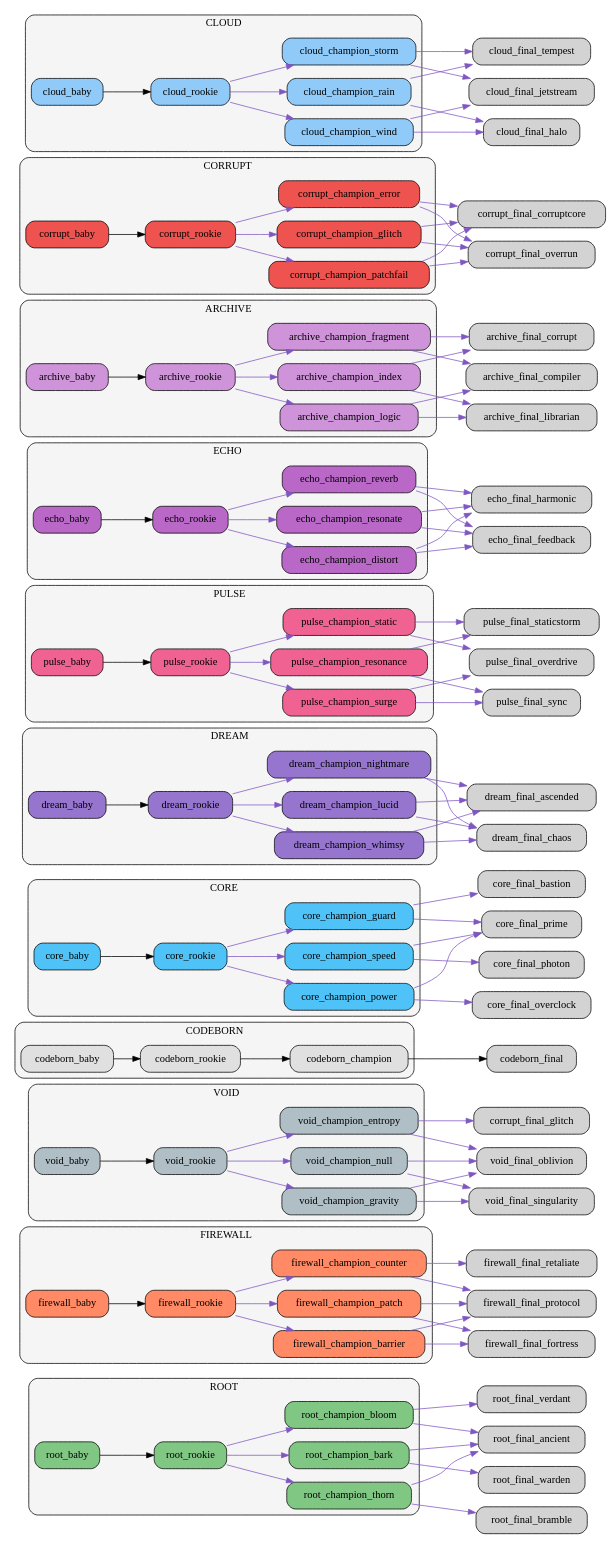
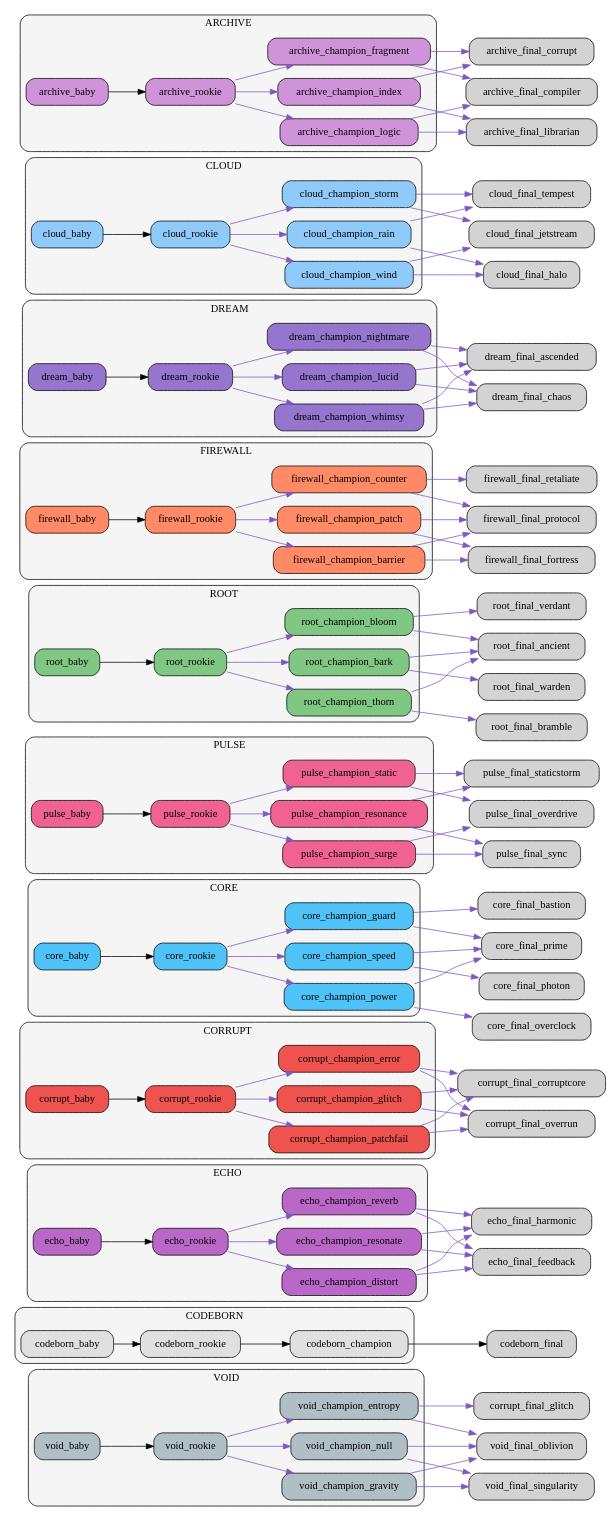
The diagram in src/netgrid/systems/evolution/graphs/clusters/evolution_clusters.dot (bwlight/NetGrid), drawn with Graphviz before and after one commit. The commit also changed other lines of this file and 8 other files, not shown here.

Commit message:
Auto-update evolution graphs

```diff
--- a/src/netgrid/systems/evolution/graphs/clusters/evolution_clusters.dot
+++ b/src/netgrid/systems/evolution/graphs/clusters/evolution_clusters.dot
@@ -1,6 +1,58 @@
 digraph EvolutionTree {
   rankdir=LR;
   node [shape=box, style="rounded,filled"];
+  subgraph cluster_void {
+    label="VOID";
+    style="rounded,filled"; fillcolor="#f5f5f5";
+    "void_baby" [fillcolor="#b0bec5"];
+    "void_rookie" [fillcolor="#b0bec5"];
+    "void_champion_entropy" [fillcolor="#b0bec5"];
+    "void_champion_gravity" [fillcolor="#b0bec5"];
+    "void_champion_null" [fillcolor="#b0bec5"];
+  }
+  subgraph cluster_codeborn {
+    label="CODEBORN";
+    style="rounded,filled"; fillcolor="#f5f5f5";
+    "codeborn_baby" [fillcolor="#e0e0e0"];
+    "codeborn_rookie" [fillcolor="#e0e0e0"];
+    "codeborn_champion" [fillcolor="#e0e0e0"];
+  }
+  subgraph cluster_echo {
+    label="ECHO";
+    style="rounded,filled"; fillcolor="#f5f5f5";
+    "echo_baby" [fillcolor="#ba68c8"];
+    "echo_rookie" [fillcolor="#ba68c8"];
+    "echo_champion_resonate" [fillcolor="#ba68c8"];
+    "echo_champion_reverb" [fillcolor="#ba68c8"];
+    "echo_champion_distort" [fillcolor="#ba68c8"];
+  }
+  subgraph cluster_corrupt {
+    label="CORRUPT";
+    style="rounded,filled"; fillcolor="#f5f5f5";
+    "corrupt_baby" [fillcolor="#ef5350"];
+    "corrupt_rookie" [fillcolor="#ef5350"];
+    "corrupt_champion_glitch" [fillcolor="#ef5350"];
+    "corrupt_champion_error" [fillcolor="#ef5350"];
+    "corrupt_champion_patchfail" [fillcolor="#ef5350"];
+  }
+  subgraph cluster_core {
+    label="CORE";
+    style="rounded,filled"; fillcolor="#f5f5f5";
+    "core_baby" [fillcolor="#4fc3f7"];
+    "core_rookie" [fillcolor="#4fc3f7"];
+    "core_champion_power" [fillcolor="#4fc3f7"];
+    "core_champion_guard" [fillcolor="#4fc3f7"];
+    "core_champion_speed" [fillcolor="#4fc3f7"];
+  }
+  subgraph cluster_pulse {
+    label="PULSE";
+    style="rounded,filled"; fillcolor="#f5f5f5";
+    "pulse_baby" [fillcolor="#f06292"];
+    "pulse_rookie" [fillcolor="#f06292"];
+    "pulse_champion_surge" [fillcolor="#f06292"];
+    "pulse_champion_resonance" [fillcolor="#f06292"];
+    "pulse_champion_static" [fillcolor="#f06292"];
+  }
   subgraph cluster_root {
     label="ROOT";
     style="rounded,filled"; fillcolor="#f5f5f5";
@@ -19,31 +71,6 @@
     "firewall_champion_counter" [fillcolor="#ff8a65"];
     "firewall_champion_patch" [fillcolor="#ff8a65"];
   }
-  subgraph cluster_void {
-    label="VOID";
-    style="rounded,filled"; fillcolor="#f5f5f5";
-    "void_baby" [fillcolor="#b0bec5"];
-    "void_rookie" [fillcolor="#b0bec5"];
-    "void_champion_entropy" [fillcolor="#b0bec5"];
-    "void_champion_gravity" [fillcolor="#b0bec5"];
-    "void_champion_null" [fillcolor="#b0bec5"];
-  }
-  subgraph cluster_codeborn {
-    label="CODEBORN";
-    style="rounded,filled"; fillcolor="#f5f5f5";
-    "codeborn_baby" [fillcolor="#e0e0e0"];
-    "codeborn_rookie" [fillcolor="#e0e0e0"];
-    "codeborn_champion" [fillcolor="#e0e0e0"];
-  }
-  subgraph cluster_core {
-    label="CORE";
-    style="rounded,filled"; fillcolor="#f5f5f5";
-    "core_baby" [fillcolor="#4fc3f7"];
-    "core_rookie" [fillcolor="#4fc3f7"];
-    "core_champion_power" [fillcolor="#4fc3f7"];
-    "core_champion_guard" [fillcolor="#4fc3f7"];
-    "core_champion_speed" [fillcolor="#4fc3f7"];
-  }
   subgraph cluster_dream {
     label="DREAM";
     style="rounded,filled"; fillcolor="#f5f5f5";
@@ -53,23 +80,14 @@
     "dream_champion_nightmare" [fillcolor="#9575cd"];
     "dream_champion_whimsy" [fillcolor="#9575cd"];
   }
-  subgraph cluster_pulse {
-    label="PULSE";
+  subgraph cluster_cloud {
+    label="CLOUD";
     style="rounded,filled"; fillcolor="#f5f5f5";
-    "pulse_baby" [fillcolor="#f06292"];
-    "pulse_rookie" [fillcolor="#f06292"];
-    "pulse_champion_surge" [fillcolor="#f06292"];
-    "pulse_champion_resonance" [fillcolor="#f06292"];
-    "pulse_champion_static" [fillcolor="#f06292"];
-  }
-  subgraph cluster_echo {
-    label="ECHO";
-    style="rounded,filled"; fillcolor="#f5f5f5";
-    "echo_baby" [fillcolor="#ba68c8"];
-    "echo_rookie" [fillcolor="#ba68c8"];
-    "echo_champion_resonate" [fillcolor="#ba68c8"];
-    "echo_champion_reverb" [fillcolor="#ba68c8"];
-    "echo_champion_distort" [fillcolor="#ba68c8"];
+    "cloud_baby" [fillcolor="#90caf9"];
+    "cloud_rookie" [fillcolor="#90caf9"];
+    "cloud_champion_wind" [fillcolor="#90caf9"];
+    "cloud_champion_rain" [fillcolor="#90caf9"];
+    "cloud_champion_storm" [fillcolor="#90caf9"];
   }
   subgraph cluster_archive {
     label="ARCHIVE";
@@ -80,24 +98,59 @@
     "archive_champion_index" [fillcolor="#ce93d8"];
     "archive_champion_fragment" [fillcolor="#ce93d8"];
   }
-  subgraph cluster_corrupt {
-    label="CORRUPT";
-    style="rounded,filled"; fillcolor="#f5f5f5";
-    "corrupt_baby" [fillcolor="#ef5350"];
-    "corrupt_rookie" [fillcolor="#ef5350"];
-    "corrupt_champion_glitch" [fillcolor="#ef5350"];
-    "corrupt_champion_error" [fillcolor="#ef5350"];
-    "corrupt_champion_patchfail" [fillcolor="#ef5350"];
-  }
-  subgraph cluster_cloud {
-    label="CLOUD";
-    style="rounded,filled"; fillcolor="#f5f5f5";
-    "cloud_baby" [fillcolor="#90caf9"];
-    "cloud_rookie" [fillcolor="#90caf9"];
-    "cloud_champion_wind" [fillcolor="#90caf9"];
-    "cloud_champion_rain" [fillcolor="#90caf9"];
-    "cloud_champion_storm" [fillcolor="#90caf9"];
-  }
+  "void_baby" -> "void_rookie";
+  "void_rookie" -> "void_champion_entropy" [color="#7e57c2"];
+  "void_rookie" -> "void_champion_gravity" [color="#7e57c2"];
+  "void_rookie" -> "void_champion_null" [color="#7e57c2"];
+  "void_champion_entropy" -> "corrupt_final_glitch" [color="#7e57c2"];
+  "void_champion_entropy" -> "void_final_oblivion" [color="#7e57c2"];
+  "void_champion_gravity" -> "void_final_singularity" [color="#7e57c2"];
+  "void_champion_gravity" -> "void_final_oblivion" [color="#7e57c2"];
+  "void_champion_null" -> "void_final_oblivion" [color="#7e57c2"];
+  "void_champion_null" -> "void_final_singularity" [color="#7e57c2"];
+  "codeborn_baby" -> "codeborn_rookie";
+  "codeborn_rookie" -> "codeborn_champion";
+  "codeborn_champion" -> "codeborn_final";
+  "echo_baby" -> "echo_rookie";
+  "echo_rookie" -> "echo_champion_resonate" [color="#7e57c2"];
+  "echo_rookie" -> "echo_champion_reverb" [color="#7e57c2"];
+  "echo_rookie" -> "echo_champion_distort" [color="#7e57c2"];
+  "echo_champion_resonate" -> "echo_final_harmonic" [color="#7e57c2"];
+  "echo_champion_resonate" -> "echo_final_feedback" [color="#7e57c2"];
+  "echo_champion_reverb" -> "echo_final_feedback" [color="#7e57c2"];
+  "echo_champion_reverb" -> "echo_final_harmonic" [color="#7e57c2"];
+  "echo_champion_distort" -> "echo_final_feedback" [color="#7e57c2"];
+  "echo_champion_distort" -> "echo_final_harmonic" [color="#7e57c2"];
+  "corrupt_baby" -> "corrupt_rookie";
+  "corrupt_rookie" -> "corrupt_champion_glitch" [color="#7e57c2"];
+  "corrupt_rookie" -> "corrupt_champion_error" [color="#7e57c2"];
+  "corrupt_rookie" -> "corrupt_champion_patchfail" [color="#7e57c2"];
+  "corrupt_champion_glitch" -> "corrupt_final_corruptcore" [color="#7e57c2"];
+  "corrupt_champion_glitch" -> "corrupt_final_overrun" [color="#7e57c2"];
+  "corrupt_champion_error" -> "corrupt_final_overrun" [color="#7e57c2"];
+  "corrupt_champion_error" -> "corrupt_final_corruptcore" [color="#7e57c2"];
+  "corrupt_champion_patchfail" -> "corrupt_final_corruptcore" [color="#7e57c2"];
+  "corrupt_champion_patchfail" -> "corrupt_final_overrun" [color="#7e57c2"];
+  "core_baby" -> "core_rookie";
+  "core_rookie" -> "core_champion_power" [color="#7e57c2"];
+  "core_rookie" -> "core_champion_guard" [color="#7e57c2"];
+  "core_rookie" -> "core_champion_speed" [color="#7e57c2"];
+  "core_champion_power" -> "core_final_overclock" [color="#7e57c2"];
+  "core_champion_power" -> "core_final_prime" [color="#7e57c2"];
+  "core_champion_guard" -> "core_final_bastion" [color="#7e57c2"];
+  "core_champion_guard" -> "core_final_prime" [color="#7e57c2"];
+  "core_champion_speed" -> "core_final_photon" [color="#7e57c2"];
+  "core_champion_speed" -> "core_final_prime" [color="#7e57c2"];
+  "pulse_baby" -> "pulse_rookie";
+  "pulse_rookie" -> "pulse_champion_surge" [color="#7e57c2"];
+  "pulse_rookie" -> "pulse_champion_resonance" [color="#7e57c2"];
+  "pulse_rookie" -> "pulse_champion_static" [color="#7e57c2"];
+  "pulse_champion_surge" -> "pulse_final_overdrive" [color="#7e57c2"];
+  "pulse_champion_surge" -> "pulse_final_sync" [color="#7e57c2"];
+  "pulse_champion_resonance" -> "pulse_final_sync" [color="#7e57c2"];
+  "pulse_champion_resonance" -> "pulse_final_staticstorm" [color="#7e57c2"];
+  "pulse_champion_static" -> "pulse_final_staticstorm" [color="#7e57c2"];
+  "pulse_champion_static" -> "pulse_final_overdrive" [color="#7e57c2"];
   "root_baby" -> "root_rookie";
   "root_rookie" -> "root_champion_thorn" [color="#7e57c2"];
   "root_rookie" -> "root_champion_bloom" [color="#7e57c2"];
@@ -118,29 +171,6 @@
   "firewall_champion_counter" -> "firewall_final_protocol" [color="#7e57c2"];
   "firewall_champion_patch" -> "firewall_final_protocol" [color="#7e57c2"];
   "firewall_champion_patch" -> "firewall_final_fortress" [color="#7e57c2"];
-  "void_baby" -> "void_rookie";
-  "void_rookie" -> "void_champion_entropy" [color="#7e57c2"];
-  "void_rookie" -> "void_champion_gravity" [color="#7e57c2"];
-  "void_rookie" -> "void_champion_null" [color="#7e57c2"];
-  "void_champion_entropy" -> "corrupt_final_glitch" [color="#7e57c2"];
-  "void_champion_entropy" -> "void_final_oblivion" [color="#7e57c2"];
-  "void_champion_gravity" -> "void_final_singularity" [color="#7e57c2"];
-  "void_champion_gravity" -> "void_final_oblivion" [color="#7e57c2"];
-  "void_champion_null" -> "void_final_oblivion" [color="#7e57c2"];
-  "void_champion_null" -> "void_final_singularity" [color="#7e57c2"];
-  "codeborn_baby" -> "codeborn_rookie";
-  "codeborn_rookie" -> "codeborn_champion";
-  "codeborn_champion" -> "codeborn_final";
-  "core_baby" -> "core_rookie";
-  "core_rookie" -> "core_champion_power" [color="#7e57c2"];
-  "core_rookie" -> "core_champion_guard" [color="#7e57c2"];
-  "core_rookie" -> "core_champion_speed" [color="#7e57c2"];
-  "core_champion_power" -> "core_final_overclock" [color="#7e57c2"];
-  "core_champion_power" -> "core_final_prime" [color="#7e57c2"];
-  "core_champion_guard" -> "core_final_bastion" [color="#7e57c2"];
-  "core_champion_guard" -> "core_final_prime" [color="#7e57c2"];
-  "core_champion_speed" -> "core_final_photon" [color="#7e57c2"];
-  "core_champion_speed" -> "core_final_prime" [color="#7e57c2"];
   "dream_baby" -> "dream_rookie";
   "dream_rookie" -> "dream_champion_lucid" [color="#7e57c2"];
   "dream_rookie" -> "dream_champion_nightmare" [color="#7e57c2"];
@@ -151,26 +181,16 @@
   "dream_champion_nightmare" -> "dream_final_ascended" [color="#7e57c2"];
   "dream_champion_whimsy" -> "dream_final_ascended" [color="#7e57c2"];
   "dream_champion_whimsy" -> "dream_final_chaos" [color="#7e57c2"];
-  "pulse_baby" -> "pulse_rookie";
-  "pulse_rookie" -> "pulse_champion_surge" [color="#7e57c2"];
-  "pulse_rookie" -> "pulse_champion_resonance" [color="#7e57c2"];
-  "pulse_rookie" -> "pulse_champion_static" [color="#7e57c2"];
-  "pulse_champion_surge" -> "pulse_final_overdrive" [color="#7e57c2"];
-  "pulse_champion_surge" -> "pulse_final_sync" [color="#7e57c2"];
-  "pulse_champion_resonance" -> "pulse_final_sync" [color="#7e57c2"];
-  "pulse_champion_resonance" -> "pulse_final_staticstorm" [color="#7e57c2"];
-  "pulse_champion_static" -> "pulse_final_staticstorm" [color="#7e57c2"];
-  "pulse_champion_static" -> "pulse_final_overdrive" [color="#7e57c2"];
-  "echo_baby" -> "echo_rookie";
-  "echo_rookie" -> "echo_champion_resonate" [color="#7e57c2"];
-  "echo_rookie" -> "echo_champion_reverb" [color="#7e57c2"];
-  "echo_rookie" -> "echo_champion_distort" [color="#7e57c2"];
-  "echo_champion_resonate" -> "echo_final_harmonic" [color="#7e57c2"];
-  "echo_champion_resonate" -> "echo_final_feedback" [color="#7e57c2"];
-  "echo_champion_reverb" -> "echo_final_feedback" [color="#7e57c2"];
-  "echo_champion_reverb" -> "echo_final_harmonic" [color="#7e57c2"];
-  "echo_champion_distort" -> "echo_final_feedback" [color="#7e57c2"];
-  "echo_champion_distort" -> "echo_final_harmonic" [color="#7e57c2"];
+  "cloud_baby" -> "cloud_rookie";
+  "cloud_rookie" -> "cloud_champion_wind" [color="#7e57c2"];
+  "cloud_rookie" -> "cloud_champion_rain" [color="#7e57c2"];
+  "cloud_rookie" -> "cloud_champion_storm" [color="#7e57c2"];
+  "cloud_champion_wind" -> "cloud_final_jetstream" [color="#7e57c2"];
+  "cloud_champion_wind" -> "cloud_final_halo" [color="#7e57c2"];
+  "cloud_champion_rain" -> "cloud_final_halo" [color="#7e57c2"];
+  "cloud_champion_rain" -> "cloud_final_tempest" [color="#7e57c2"];
+  "cloud_champion_storm" -> "cloud_final_tempest" [color="#7e57c2"];
+  "cloud_champion_storm" -> "cloud_final_jetstream" [color="#7e57c2"];
   "archive_baby" -> "archive_rookie";
   "archive_rookie" -> "archive_champion_logic" [color="#7e57c2"];
   "archive_rookie" -> "archive_champion_index" [color="#7e57c2"];
@@ -181,24 +201,4 @@
   "archive_champion_index" -> "archive_final_corrupt" [color="#7e57c2"];
   "archive_champion_fragment" -> "archive_final_corrupt" [color="#7e57c2"];
   "archive_champion_fragment" -> "archive_final_compiler" [color="#7e57c2"];
-  "corrupt_baby" -> "corrupt_rookie";
-  "corrupt_rookie" -> "corrupt_champion_glitch" [color="#7e57c2"];
-  "corrupt_rookie" -> "corrupt_champion_error" [color="#7e57c2"];
-  "corrupt_rookie" -> "corrupt_champion_patchfail" [color="#7e57c2"];
-  "corrupt_champion_glitch" -> "corrupt_final_corruptcore" [color="#7e57c2"];
-  "corrupt_champion_glitch" -> "corrupt_final_overrun" [color="#7e57c2"];
-  "corrupt_champion_error" -> "corrupt_final_overrun" [color="#7e57c2"];
-  "corrupt_champion_error" -> "corrupt_final_corruptcore" [color="#7e57c2"];
-  "corrupt_champion_patchfail" -> "corrupt_final_corruptcore" [color="#7e57c2"];
-  "corrupt_champion_patchfail" -> "corrupt_final_overrun" [color="#7e57c2"];
-  "cloud_baby" -> "cloud_rookie";
-  "cloud_rookie" -> "cloud_champion_wind" [color="#7e57c2"];
-  "cloud_rookie" -> "cloud_champion_rain" [color="#7e57c2"];
-  "cloud_rookie" -> "cloud_champion_storm" [color="#7e57c2"];
-  "cloud_champion_wind" -> "cloud_final_jetstream" [color="#7e57c2"];
-  "cloud_champion_wind" -> "cloud_final_halo" [color="#7e57c2"];
-  "cloud_champion_rain" -> "cloud_final_halo" [color="#7e57c2"];
-  "cloud_champion_rain" -> "cloud_final_tempest" [color="#7e57c2"];
-  "cloud_champion_storm" -> "cloud_final_tempest" [color="#7e57c2"];
-  "cloud_champion_storm" -> "cloud_final_jetstream" [color="#7e57c2"];
 }
```
